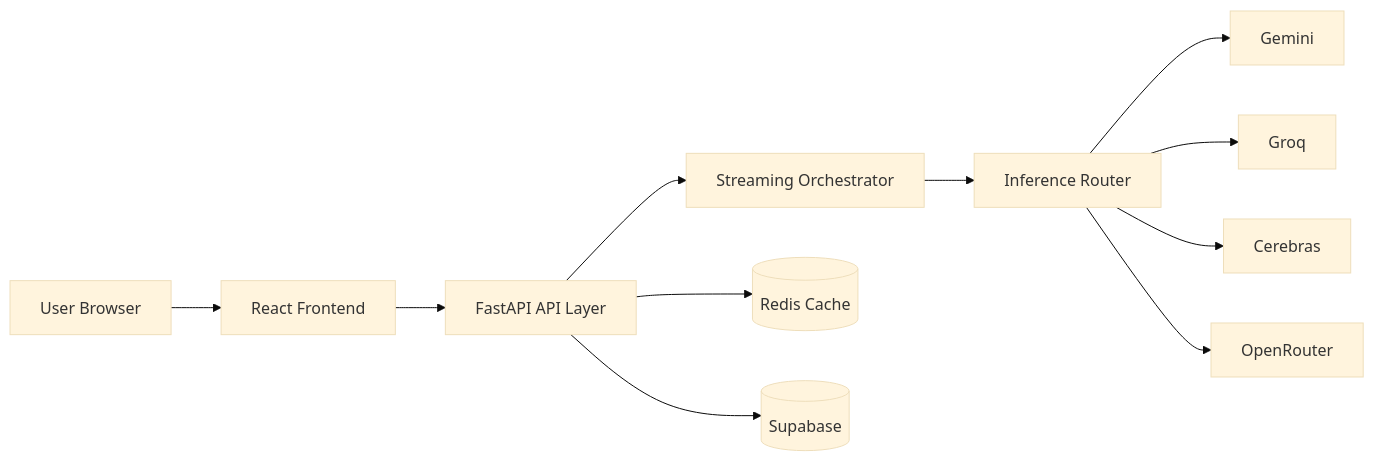
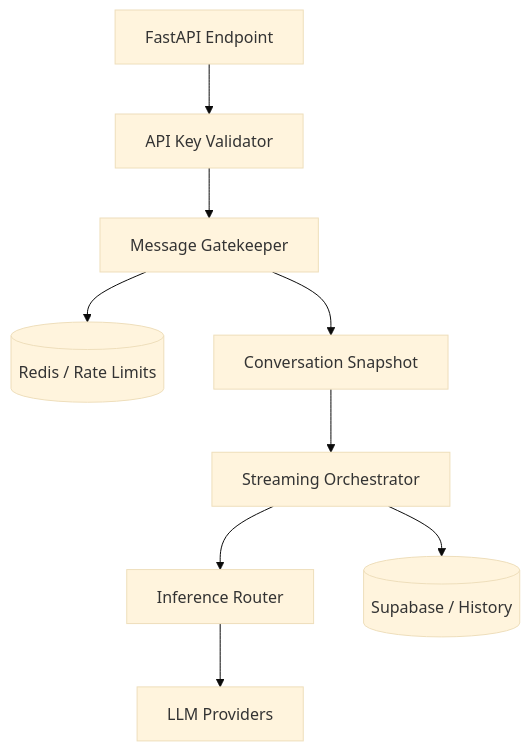
The diagram in README.md (sanjeevafk/depthapi), drawn with Mermaid (base theme) before and after one commit. The commit also changed other lines of this file and 3 other files, not shown here.

````diff
--- a/README.md
+++ b/README.md
@@ -55,13 +27,11 @@
 ```mermaid
-flowchart LR
-    U[User Browser] --> FE[React Frontend]
-    FE --> API[FastAPI API Layer]
-    API --> ORCH[Streaming Orchestrator]
+flowchart TD
+    API[FastAPI Endpoint] --> AUTH[API Key Validator]
+    AUTH --> GATE[Message Gatekeeper]
+    GATE --> REDIS[(Redis / Rate Limits)]
+    GATE --> SNAPS[Conversation Snapshot]
+    SNAPS --> ORCH[Streaming Orchestrator]
     ORCH --> INF[Inference Router]
-    INF --> P1[Gemini]
-    INF --> P2[Groq]
-    INF --> P3[Cerebras]
-    INF --> P4[OpenRouter]
-    API --> CACHE[(Redis Cache)]
-    API --> DB[(Supabase)]
+    INF --> LLM[LLM Providers]
+    ORCH --> DB[(Supabase / History)]
 ```
````
